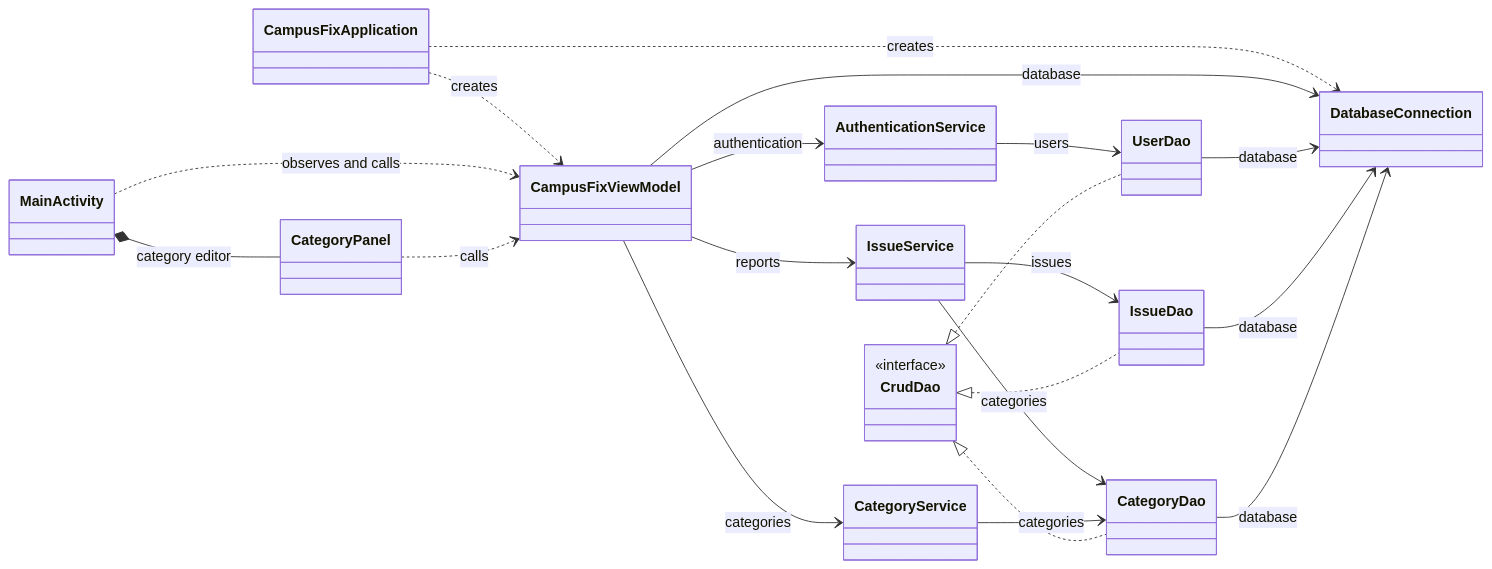
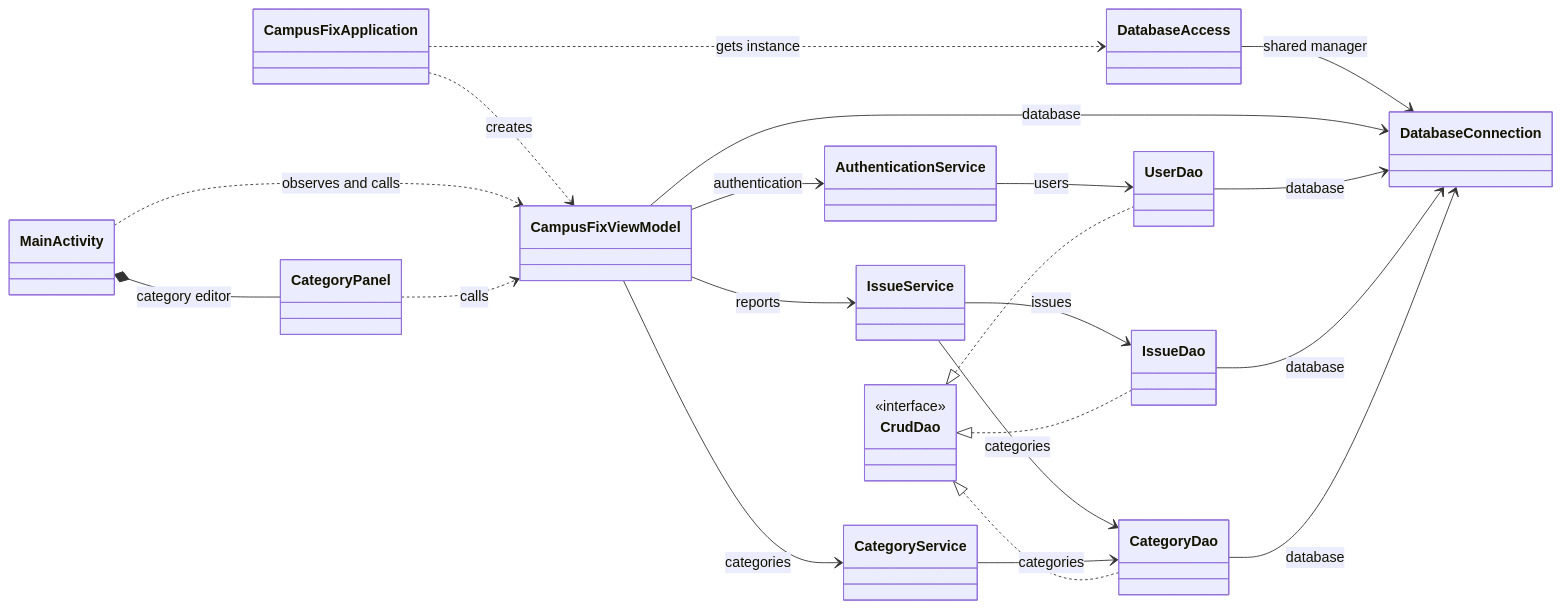
The diagram in docs/android.md (dfernq/inso-2026-2027-campus-fix), drawn with Mermaid before and after one commit. The commit also changed other lines of this file and 3 other files, not shown here.

````diff
--- a/docs/android.md
+++ b/docs/android.md
@@ -61,26 +74,27 @@
 ```mermaid
 classDiagram
     direction LR
     class CrudDao {
         <<interface>>
     }
     CampusFixApplication ..> CampusFixViewModel : creates
-    CampusFixApplication ..> DatabaseConnection : creates
+    CampusFixApplication ..> DatabaseAccess : gets instance
+    DatabaseAccess --> DatabaseConnection : shared manager
     MainActivity ..> CampusFixViewModel : observes and calls
     MainActivity *-- CategoryPanel : category editor
     CategoryPanel ..> CampusFixViewModel : calls
     CampusFixViewModel --> DatabaseConnection : database
     CampusFixViewModel --> AuthenticationService : authentication
     CampusFixViewModel --> IssueService : reports
     CampusFixViewModel --> CategoryService : categories
     AuthenticationService --> UserDao : users
     IssueService --> IssueDao : issues
     IssueService --> CategoryDao : categories
     CategoryService --> CategoryDao : categories
     UserDao --> DatabaseConnection : database
     IssueDao --> DatabaseConnection : database
     CategoryDao --> DatabaseConnection : database
     CrudDao <|.. UserDao
     CrudDao <|.. IssueDao
     CrudDao <|.. CategoryDao
 ```
````
